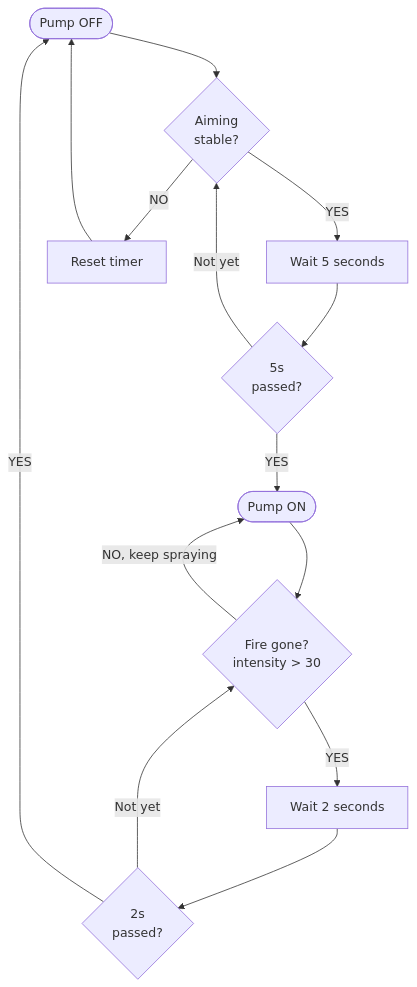
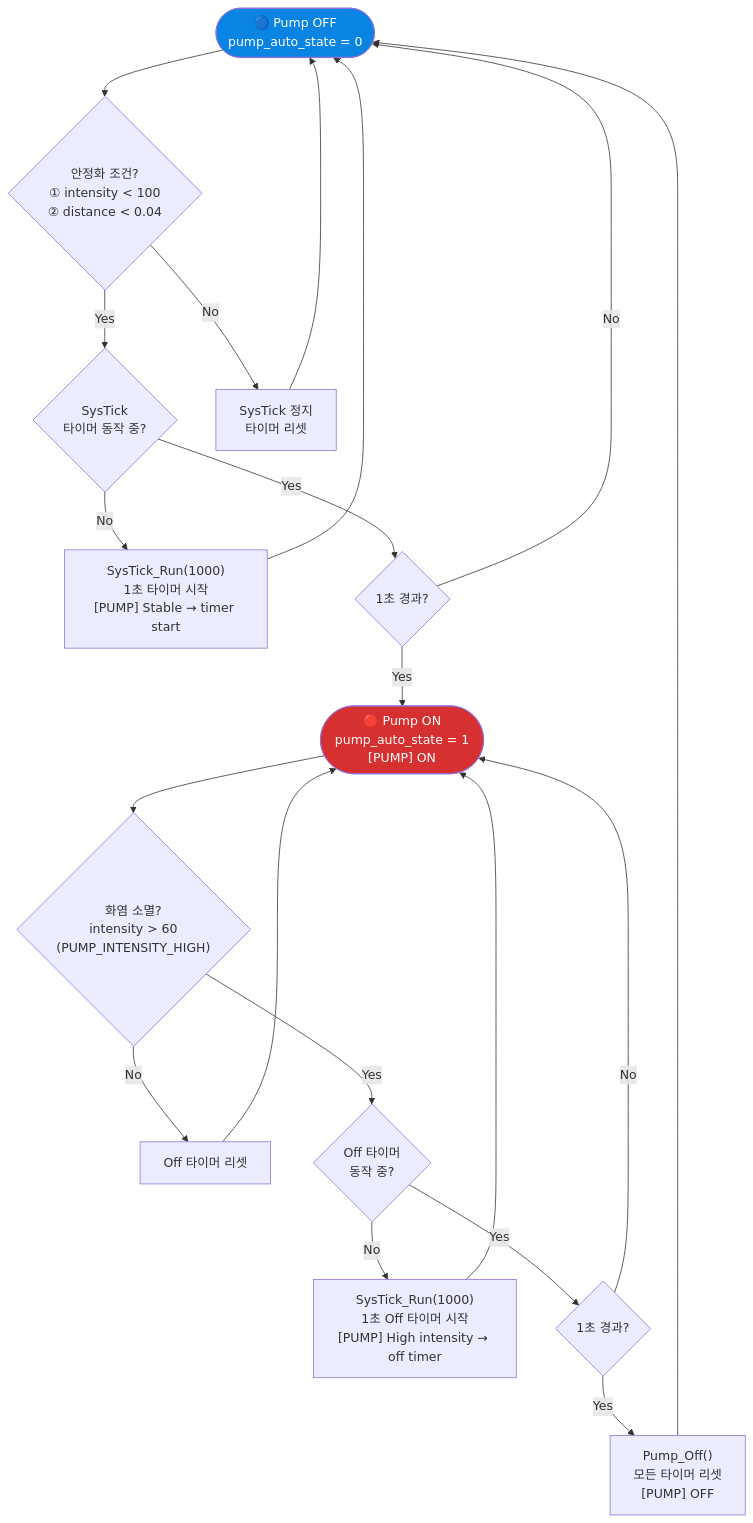
One commit to sangaje/the-Photatos changed diagram 11 of 15 in README.md. Above: the diagram before and after it, drawn with Mermaid. The commit also changed other lines of this file, not shown here.

````diff
--- a/README.md
+++ b/README.md
@@ -308,17 +895,34 @@
 ```mermaid
 flowchart TD
-    OFF(["Pump OFF"]) --> CHECK
-    CHECK{"Aiming\nstable?"}
-    CHECK -- "YES" --> WAIT5["Wait 5 seconds"]
-    CHECK -- "NO" --> RESET1["Reset timer"]
-    RESET1 --> OFF
-    WAIT5 --> DONE5{"5s\npassed?"}
-    DONE5 -- "Not yet" --> CHECK
-    DONE5 -- "YES" --> ON(["Pump ON"])
-    ON --> EXTINGUISH{"Fire gone?\nintensity > 30"}
-    EXTINGUISH -- "NO, keep spraying" --> ON
-    EXTINGUISH -- "YES" --> WAIT2["Wait 2 seconds"]
-    WAIT2 --> DONE2{"2s\npassed?"}
-    DONE2 -- "Not yet" --> EXTINGUISH
-    DONE2 -- "YES" --> OFF
+    OFF(["🔵 Pump OFF<br/>pump_auto_state = 0"])
+    
+    OFF --> STABLE_CHECK{"안정화 조건?<br/>① intensity < 100<br/>② distance < 0.04"}
+    
+    STABLE_CHECK -- "Yes" --> TIMER_RUN{"SysTick<br/>타이머 동작 중?"}
+    STABLE_CHECK -- "No" --> TIMER_RESET["SysTick 정지<br/>타이머 리셋"]
+    TIMER_RESET --> OFF
+    
+    TIMER_RUN -- "No" --> START_TIMER["SysTick_Run(1000)<br/>1초 타이머 시작<br/>[PUMP] Stable → timer start"]
+    START_TIMER --> OFF
+    
+    TIMER_RUN -- "Yes" --> TIMEOUT1{"1초 경과?"}
+    TIMEOUT1 -- "No" --> OFF
+    TIMEOUT1 -- "Yes" --> ON(["🔴 Pump ON<br/>pump_auto_state = 1<br/>[PUMP] ON"])
+
+    ON --> EXTINGUISH{"화염 소멸?<br/>intensity > 60<br/>(PUMP_INTENSITY_HIGH)"}
+    
+    EXTINGUISH -- "No" --> OFF_TIMER_RESET["Off 타이머 리셋"]
+    OFF_TIMER_RESET --> ON
+    
+    EXTINGUISH -- "Yes" --> OFF_TIMER{"Off 타이머<br/>동작 중?"}
+    OFF_TIMER -- "No" --> START_OFF["SysTick_Run(1000)<br/>1초 Off 타이머 시작<br/>[PUMP] High intensity → off timer"]
+    START_OFF --> ON
+    
+    OFF_TIMER -- "Yes" --> TIMEOUT2{"1초 경과?"}
+    TIMEOUT2 -- "No" --> ON
+    TIMEOUT2 -- "Yes" --> PUMP_OFF["Pump_Off()<br/>모든 타이머 리셋<br/>[PUMP] OFF"]
+    PUMP_OFF --> OFF
+
+    style OFF fill:#0984e3,color:#fff
+    style ON fill:#d63031,color:#fff
 ```
````
